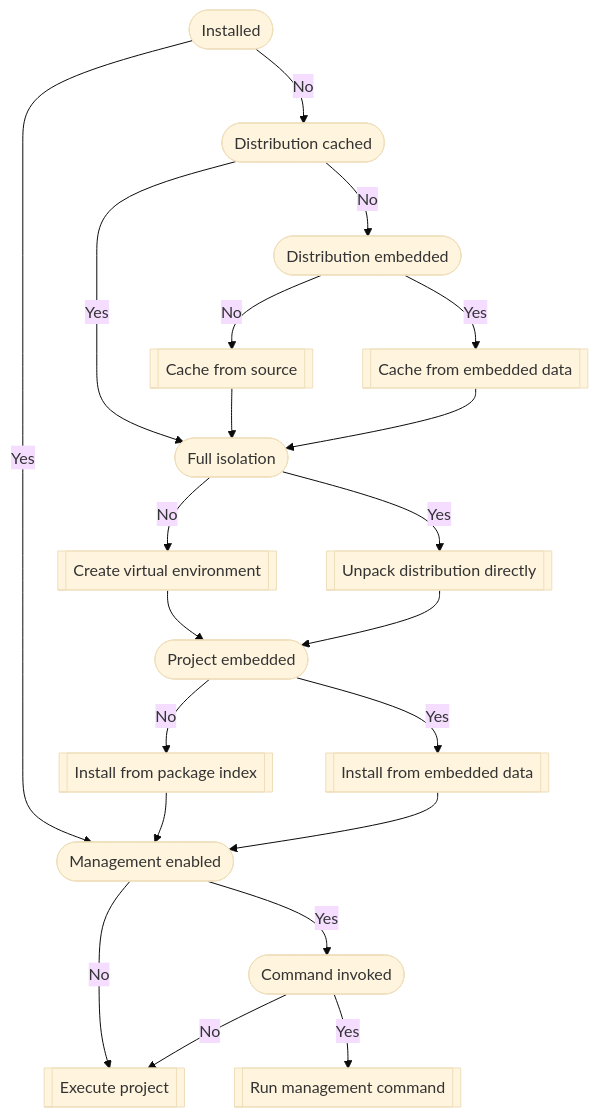
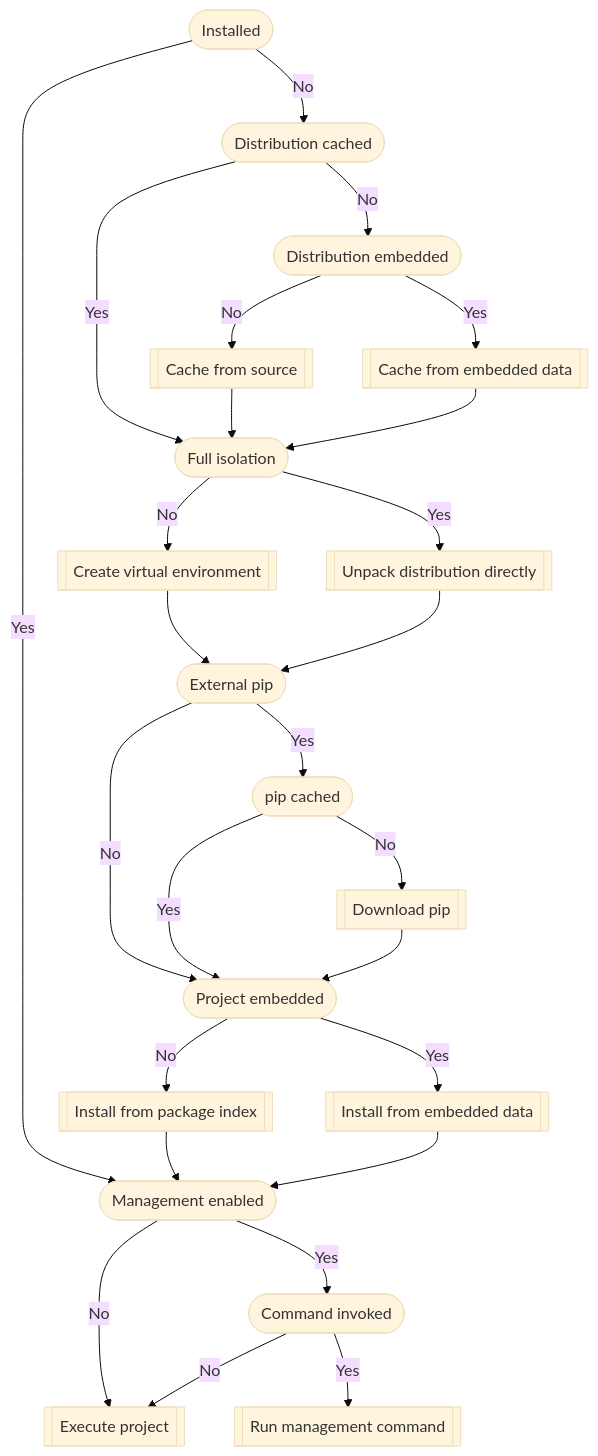
The diagram in docs/runtime.md (EnigmaGlimmer/Python_app), drawn with Mermaid (base theme) before and after one commit. The commit also changed 7 other files, not shown here.

````diff
--- a/docs/runtime.md
+++ b/docs/runtime.md
@@ -9,23 +9,28 @@
 ```mermaid
 flowchart TD
     INSTALLED([Installed]) -- No --> DISTCACHED([Distribution cached])
     INSTALLED -- Yes --> MNG([Management enabled])
     DISTCACHED -- No --> DISTEMBEDDED([Distribution embedded])
     DISTCACHED -- Yes --> FULLISOLATION([Full isolation])
     DISTEMBEDDED -- No --> DISTSOURCE[[Cache from source]]
     DISTEMBEDDED -- Yes --> DISTEXTRACT[[Cache from embedded data]]
     DISTSOURCE --> FULLISOLATION
     DISTEXTRACT --> FULLISOLATION
     FULLISOLATION -- No --> VENV[[Create virtual environment]]
     FULLISOLATION -- Yes --> UNPACK[[Unpack distribution directly]]
-    PROJEMBEDDED([Project embedded]) -- No --> PROJINDEX[[Install from package index]]
+    EXTERNALPIP([External pip]) -- No --> PROJEMBEDDED([Project embedded])
+    EXTERNALPIP -- Yes --> PIPCACHED([pip cached])
+    PIPCACHED -- No --> DOWNLOADPIP[[Download pip]]
+    PIPCACHED -- Yes --> PROJEMBEDDED([Project embedded])
+    DOWNLOADPIP --> PROJEMBEDDED
+    PROJEMBEDDED -- No --> PROJINDEX[[Install from package index]]
     PROJEMBEDDED -- Yes --> PROJEMBED[[Install from embedded data]]
     PROJINDEX --> MNG
     PROJEMBED --> MNG
-    VENV --> PROJEMBEDDED
-    UNPACK --> PROJEMBEDDED
+    VENV --> EXTERNALPIP
+    UNPACK --> EXTERNALPIP
     MNG -- No --> EXECUTE[[Execute project]]
     MNG -- Yes --> MNGCMD([Command invoked])
     MNGCMD -- No --> EXECUTE
     MNGCMD -- Yes --> MANAGE[[Run management command]]
 ```
````
